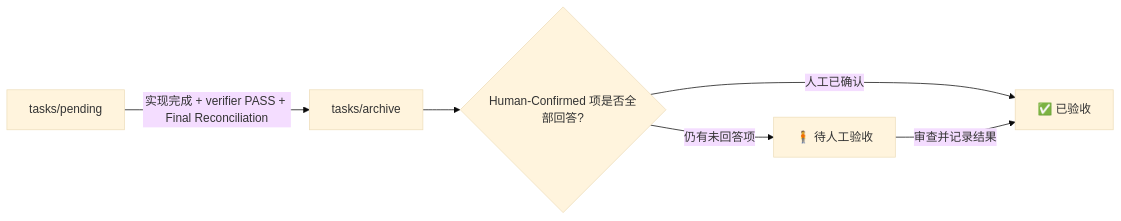
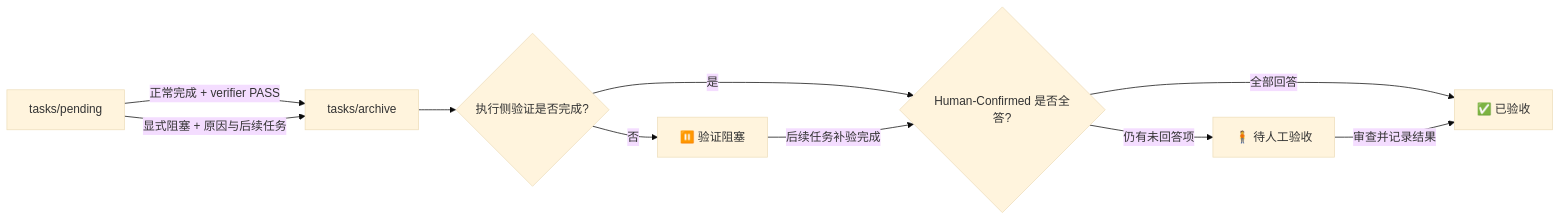
Before and after one commit to ZataZhang/zata-codes-template: the second of 2 diagrams in docs/guides/prd-skill.md, drawn with Mermaid (base theme). The commit also changed other lines of this file and 23 other files, not shown here.

````diff
--- a/docs/guides/prd-skill.md
+++ b/docs/guides/prd-skill.md
@@ -173,8 +173,12 @@
 ```mermaid
 flowchart LR
-    A[tasks/pending] -->|实现完成 + verifier PASS + Final Reconciliation| B[tasks/archive]
-    B --> C{Human-Confirmed 项是否全部回答?}
-    C -->|仍有未回答项| D[🧍 待人工验收]
-    C -->|人工已确认| E[✅ 已验收]
-    D -->|审查并记录结果| E
+    A[tasks/pending] -->|正常完成 + verifier PASS| B[tasks/archive]
+    A -->|显式阻塞 + 原因与后续任务| B
+    B --> C{执行侧验证是否完成?}
+    C -->|否| D[⏸️ 验证阻塞]
+    C -->|是| E{Human-Confirmed 是否全答?}
+    D -->|后续任务补验完成| E
+    E -->|仍有未回答项| F[🧍 待人工验收]
+    E -->|全部回答| G[✅ 已验收]
+    F -->|审查并记录结果| G
 ```
````
